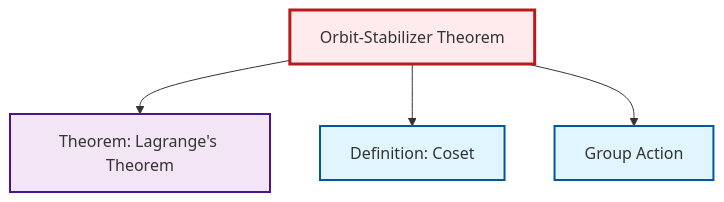
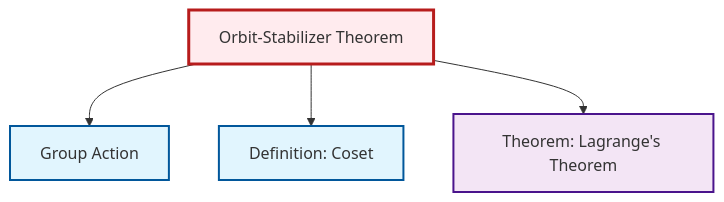
One commit to RK0429/ModernMath changed the diagram in content/en/algebra/thm-orbit-stabilizer.qmd. Above: the diagram before and after it, drawn with Mermaid. The commit also changed other lines of this file and 672 other files, not shown here.

````diff
--- a/content/en/algebra/thm-orbit-stabilizer.qmd
+++ b/content/en/algebra/thm-orbit-stabilizer.qmd
@@ -63,20 +63,20 @@
 ```{mermaid}
 %%| fig-cap: "Local dependency graph"
 graph TD
     classDef definition fill:#e1f5fe,stroke:#01579b,stroke-width:2px
     classDef theorem fill:#f3e5f5,stroke:#4a148c,stroke-width:2px
     classDef axiom fill:#fff3e0,stroke:#e65100,stroke-width:2px
     classDef example fill:#e8f5e9,stroke:#1b5e20,stroke-width:2px
     classDef current fill:#ffebee,stroke:#b71c1c,stroke-width:3px
     thm-orbit-stabilizer["Orbit-Stabilizer Theorem"]:::theorem
+    def-group-action["Group Action"]:::definition
     thm-lagrange["Theorem: Lagrange's Theorem"]:::theorem
     def-coset["Definition: Coset"]:::definition
-    def-group-action["Group Action"]:::definition
+    thm-orbit-stabilizer --> def-group-action
+    thm-orbit-stabilizer --> def-coset
     thm-orbit-stabilizer --> thm-lagrange
-    thm-orbit-stabilizer --> def-coset
-    thm-orbit-stabilizer --> def-group-action
     class thm-orbit-stabilizer current
+    click def-group-action "def-group-action.html" "Go to Group Action"
     click thm-lagrange "thm-lagrange.html" "Go to Lagrange's Theorem theorem"
     click def-coset "def-coset.html" "Go to Coset definition"
-    click def-group-action "def-group-action.html" "Go to Group Action"
 ```
````
